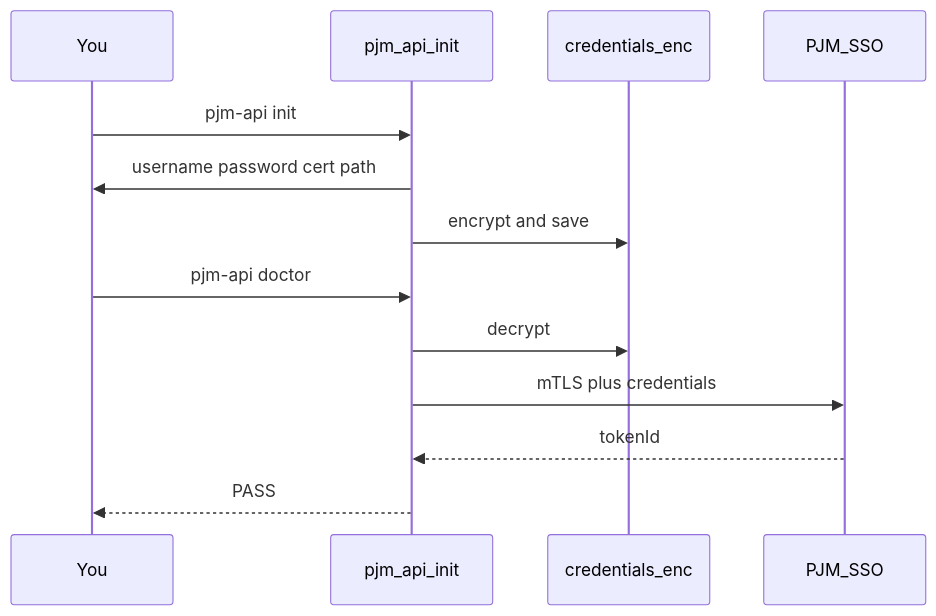
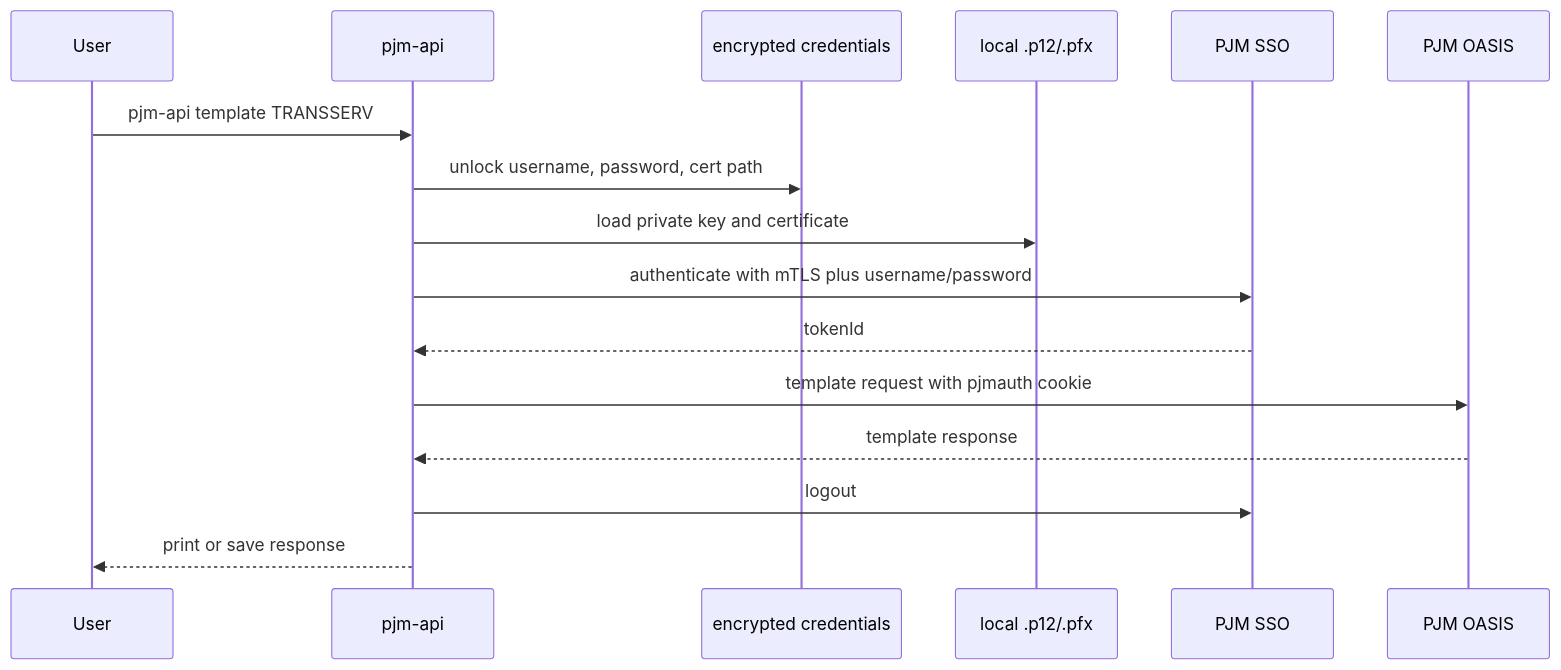
One commit to willschenk/pjm-api changed the third of 3 diagrams in README.md. Above: the diagram before and after it, drawn with Mermaid. The commit also changed other lines of this file, not shown here.

Commit message:
Rewrite README for simple PJM OASIS setup

````diff
--- a/README.md
+++ b/README.md
@@ -31,16 +127,19 @@
 ```mermaid
 sequenceDiagram
-    participant You
-    participant Init as pjm_api_init
-    participant File as credentials_enc
-    participant PJM as PJM_SSO
+    participant User
+    participant CLI as pjm-api
+    participant Store as encrypted credentials
+    participant Cert as local .p12/.pfx
+    participant SSO as PJM SSO
+    participant OASIS as PJM OASIS
 
-    You->>Init: pjm-api init
-    Init->>You: username password cert path
-    Init->>File: encrypt and save
-    You->>Init: pjm-api doctor
-    Init->>File: decrypt
-    Init->>PJM: mTLS plus credentials
-    PJM-->>Init: tokenId
-    Init-->>You: PASS
+    User->>CLI: pjm-api template TRANSSERV
+    CLI->>Store: unlock username, password, cert path
+    CLI->>Cert: load private key and certificate
+    CLI->>SSO: authenticate with mTLS plus username/password
+    SSO-->>CLI: tokenId
+    CLI->>OASIS: template request with pjmauth cookie
+    OASIS-->>CLI: template response
+    CLI->>SSO: logout
+    CLI-->>User: print or save response
 ```
````
